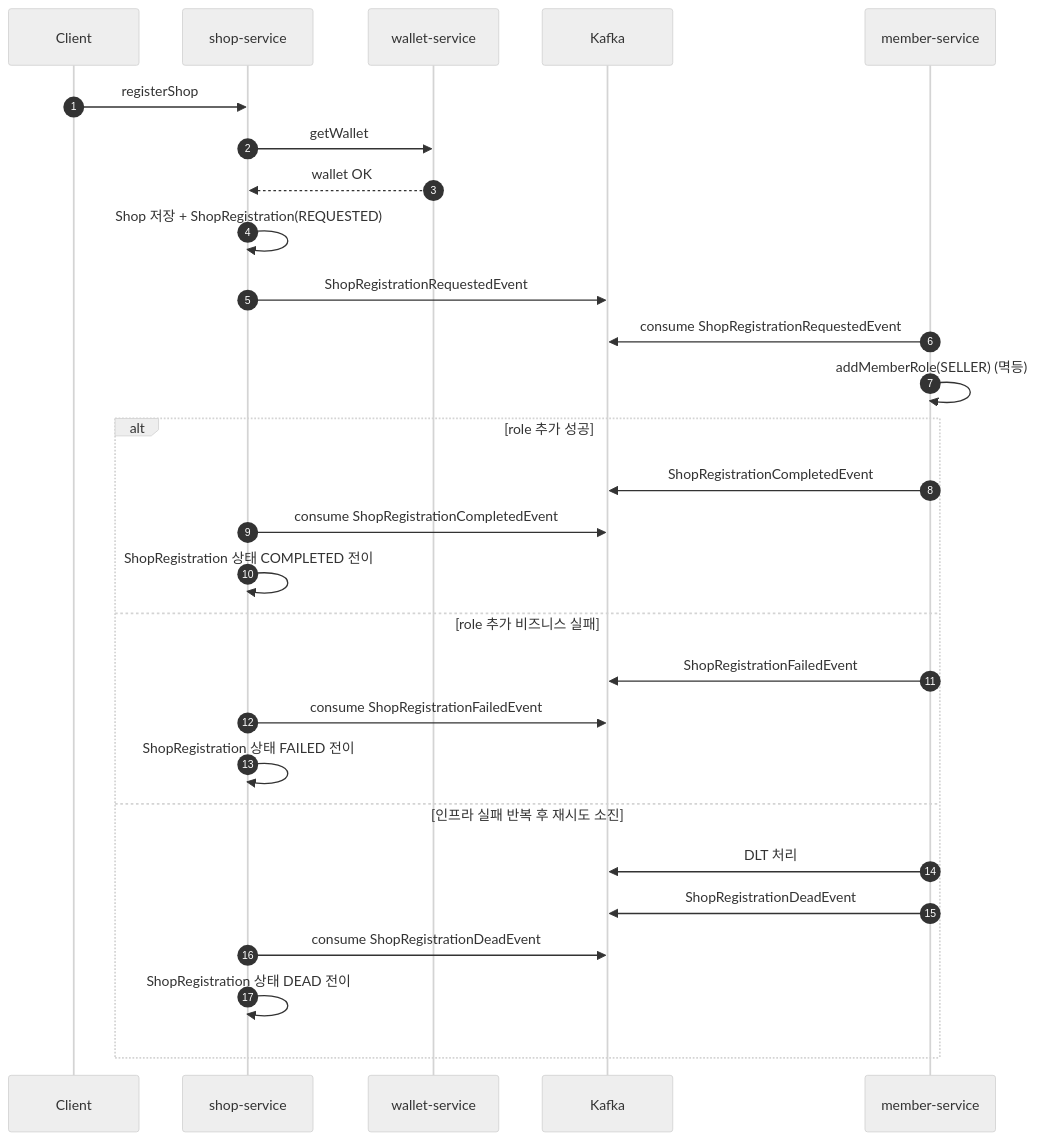
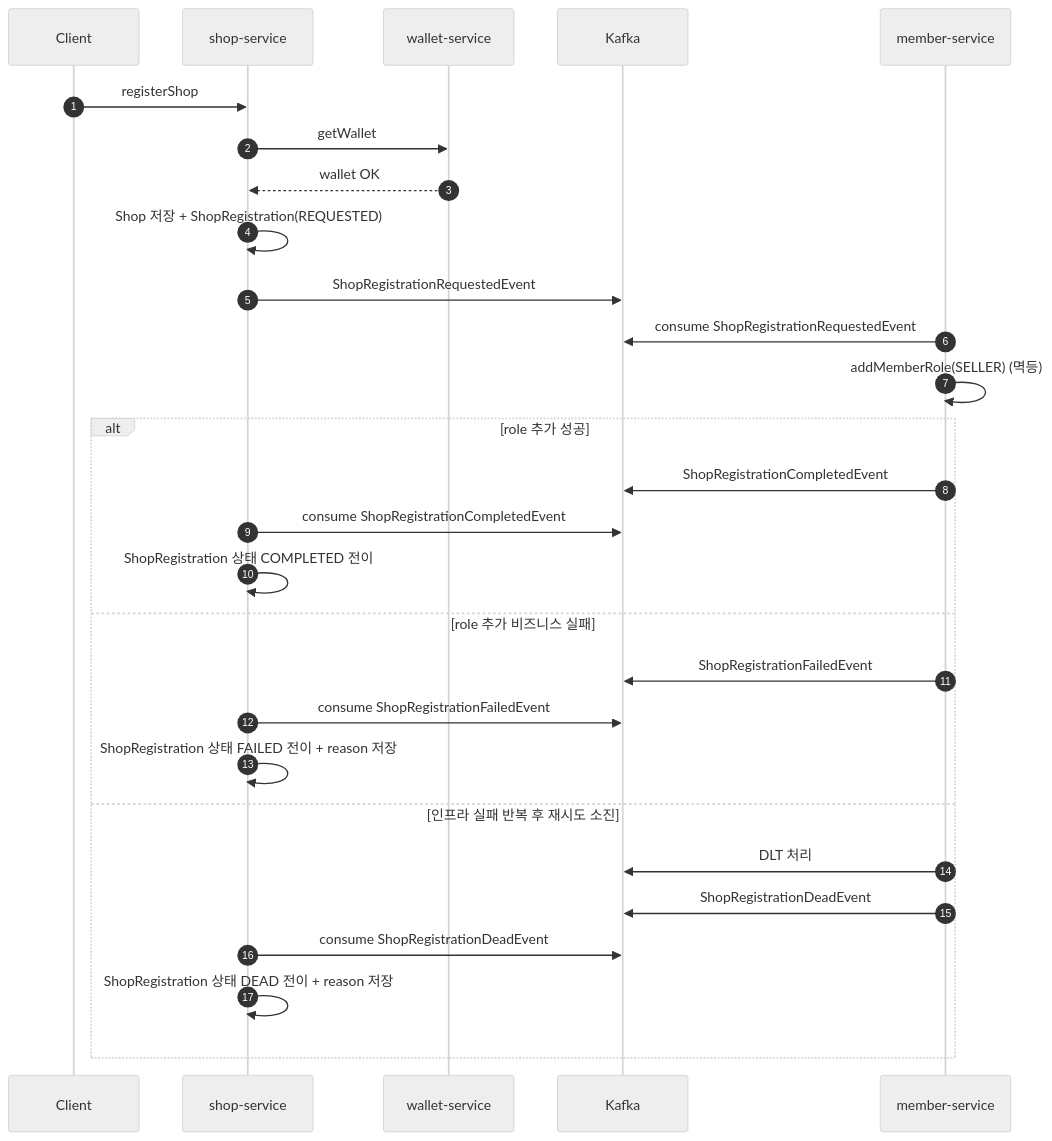
One commit to 95twan/myroutine changed the diagram in shop-service/docs/shop_register_saga_design.md. Above: the diagram before and after it, drawn with Mermaid (neutral theme). The commit also changed other lines of this file and 22 other files, not shown here.

````diff
--- a/shop-service/docs/shop_register_saga_design.md
+++ b/shop-service/docs/shop_register_saga_design.md
@@ -166,31 +166,31 @@
 ```mermaid
 sequenceDiagram
     autonumber
     participant C as Client
     participant S as shop-service
     participant W as wallet-service
     participant K as Kafka
     participant M as member-service
 
     C->>S: registerShop
     S->>W: getWallet
     W-->>S: wallet OK
     S->>S: Shop 저장 + ShopRegistration(REQUESTED)
     S->>K: ShopRegistrationRequestedEvent
     M->>K: consume ShopRegistrationRequestedEvent
     M->>M: addMemberRole(SELLER) (멱등)
     alt role 추가 성공
         M->>K: ShopRegistrationCompletedEvent
         S->>K: consume ShopRegistrationCompletedEvent
         S->>S: ShopRegistration 상태 COMPLETED 전이
     else role 추가 비즈니스 실패
         M->>K: ShopRegistrationFailedEvent
         S->>K: consume ShopRegistrationFailedEvent
-        S->>S: ShopRegistration 상태 FAILED 전이
+        S->>S: ShopRegistration 상태 FAILED 전이 + reason 저장
     else 인프라 실패 반복 후 재시도 소진
         M->>K: DLT 처리
         M->>K: ShopRegistrationDeadEvent
         S->>K: consume ShopRegistrationDeadEvent
-        S->>S: ShopRegistration 상태 DEAD 전이
+        S->>S: ShopRegistration 상태 DEAD 전이 + reason 저장
     end
 ```
````
